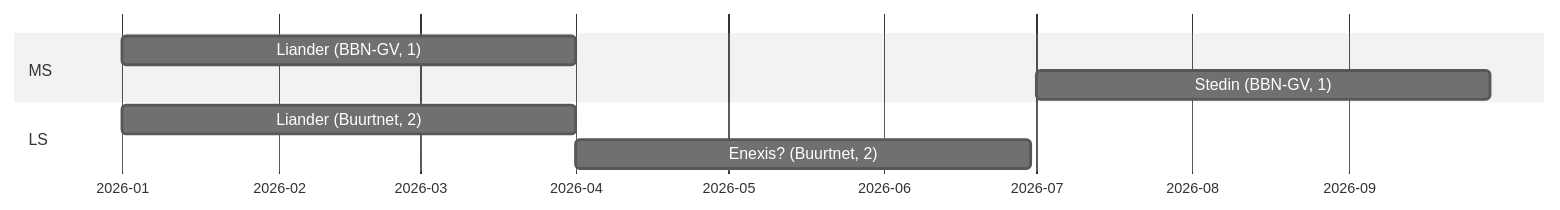
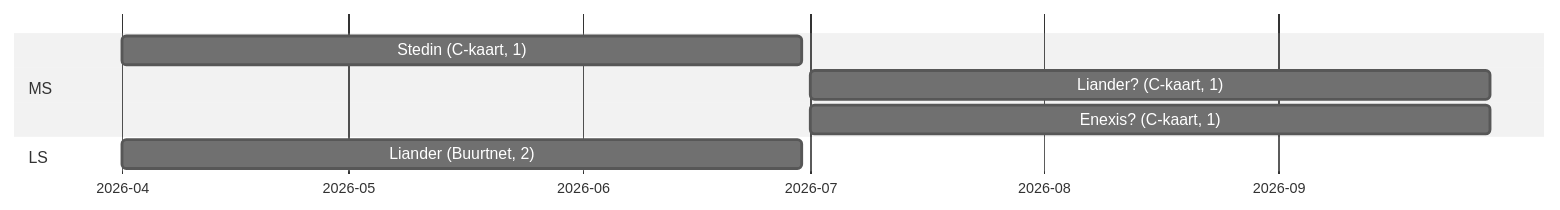
The fourth of 6 diagrams in src/profile-group-20250113/index.adoc (Netbeheer-Nederland/presentations), drawn with Mermaid before and after one commit. The commit also changed other lines of this file, not shown here.

```diff
--- a/src/profile-group-20250113/index.adoc
+++ b/src/profile-group-20250113/index.adoc
@@ -254,15 +241,15 @@
 [mermaid]
 ----
 %%{init: {"theme":"neutral"}}%%
 gantt
     dateFormat  YYYY-MM-DD
     axisFormat  %Y-%m
 
     section MS
-    Liander (BBN-GV, 1) :2026-01-01, 90d
-    Stedin (BBN-GV, 1) :2026-07-01, 90d
+    Stedin (C-kaart, 1) :2026-04-01, 90d
+    Liander? (C-kaart, 1) :2026-07-01, 90d
+    Enexis? (C-kaart, 1) :2026-07-01, 90d
 
     section LS
-    Liander (Buurtnet, 2) :2026-01-01, 90d
-    Enexis? (Buurtnet, 2) :2026-04-01, 90d
+    Liander (Buurtnet, 2) :2026-04-01, 90d
 ----
```
